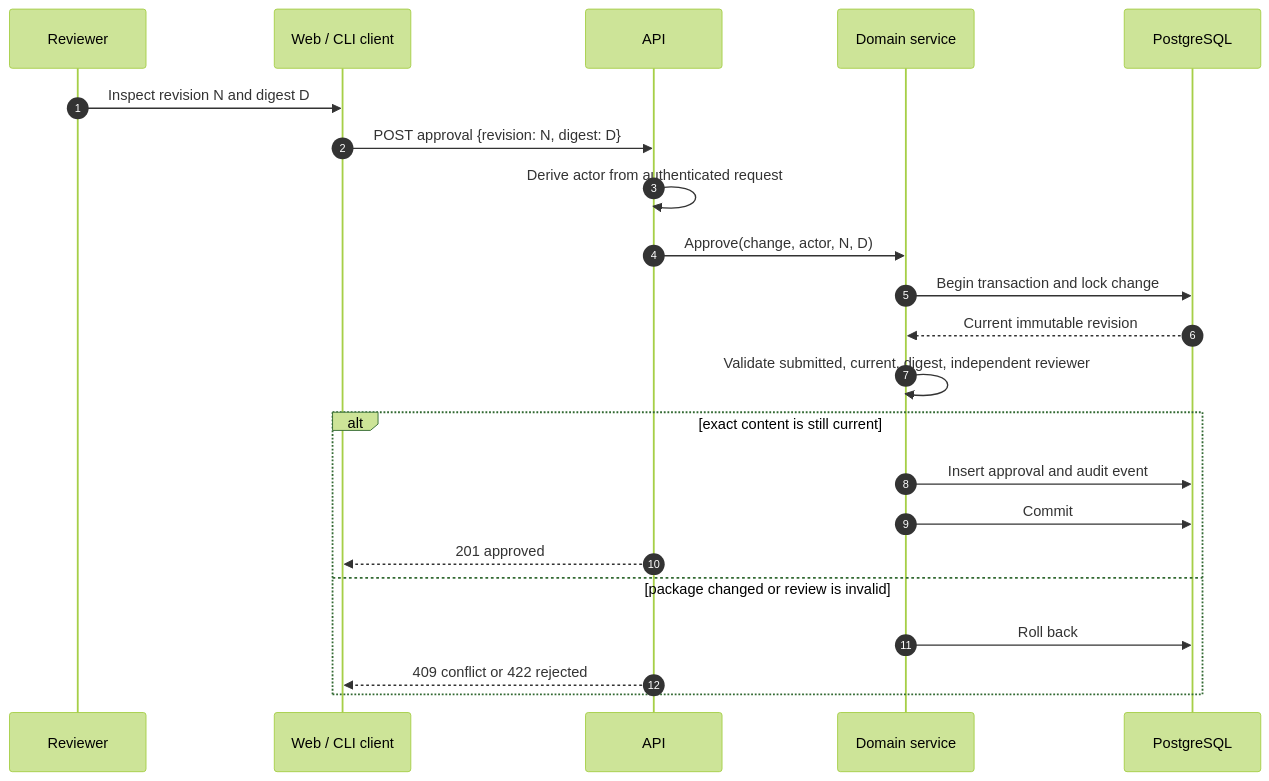
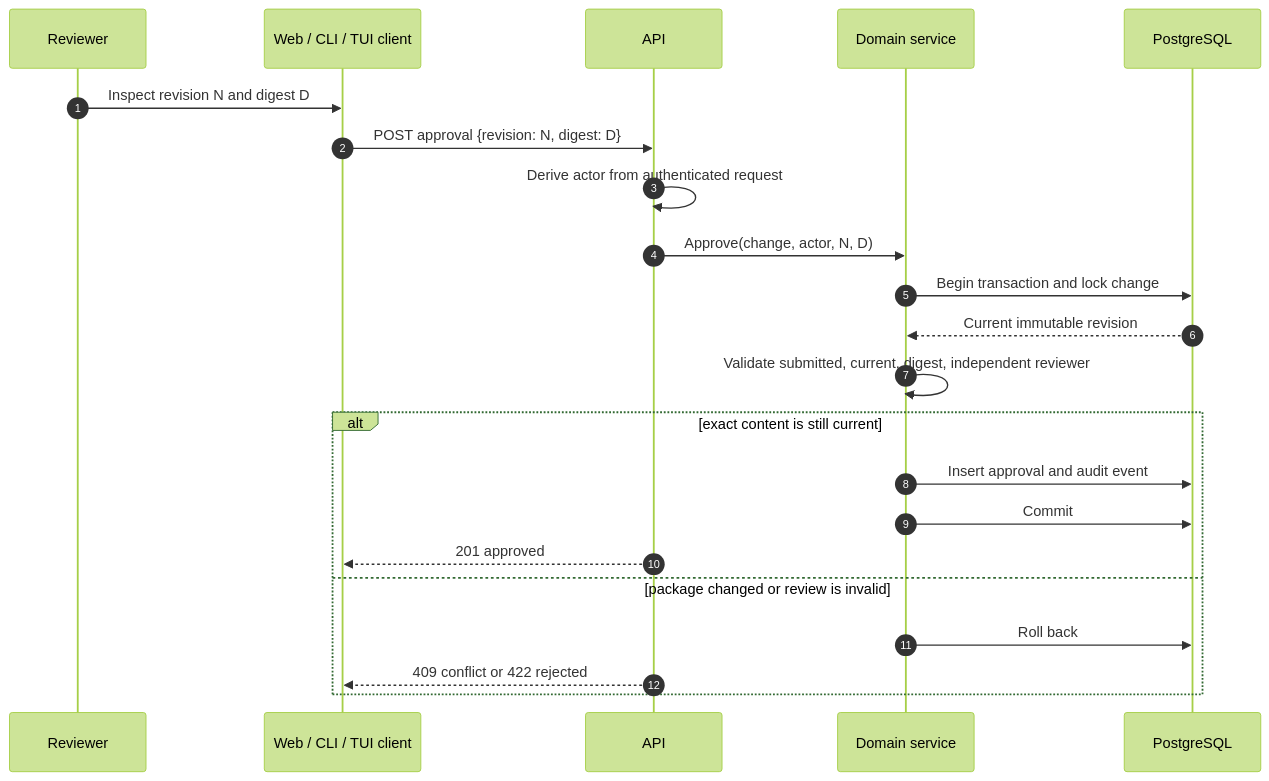
The third of 4 diagrams in docs/architecture/milestone-1.md (phenixrizen/conductor), drawn with Mermaid (forest theme) before and after one commit. The commit also changed other lines of this file and 8 other files, not shown here.

````diff
--- a/docs/architecture/milestone-1.md
+++ b/docs/architecture/milestone-1.md
@@ -83,25 +85,25 @@
 ```mermaid
 sequenceDiagram
     autonumber
     participant Reviewer
-    participant Client as Web / CLI client
+    participant Client as Web / CLI / TUI client
     participant API
     participant Service as Domain service
     participant DB as PostgreSQL
 
     Reviewer->>Client: Inspect revision N and digest D
     Client->>API: POST approval {revision: N, digest: D}
     API->>API: Derive actor from authenticated request
     API->>Service: Approve(change, actor, N, D)
     Service->>DB: Begin transaction and lock change
     DB-->>Service: Current immutable revision
     Service->>Service: Validate submitted, current, digest, independent reviewer
     alt exact content is still current
         Service->>DB: Insert approval and audit event
         Service->>DB: Commit
         API-->>Client: 201 approved
     else package changed or review is invalid
         Service->>DB: Roll back
         API-->>Client: 409 conflict or 422 rejected
     end
 ```
````
